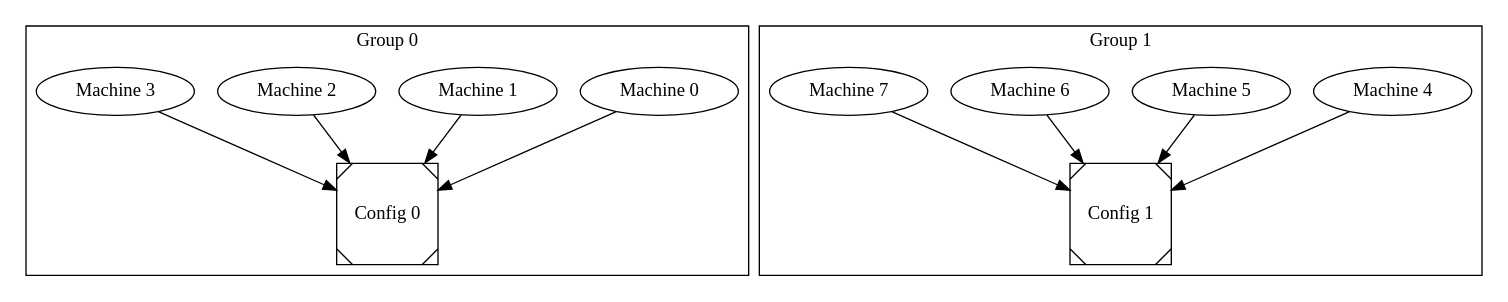
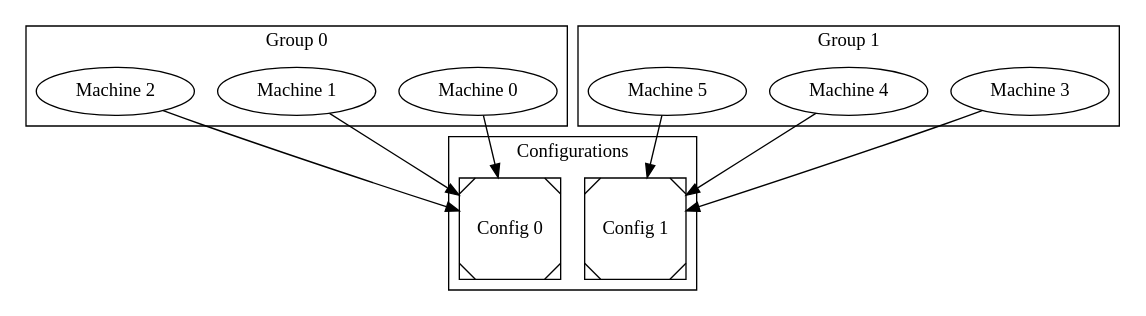
Before and after one commit to istu-cs/boot-report: the diagram in groups.dot, drawn with Graphviz.

Commit message:
groups.dot bug fix.

```diff
--- a/groups.dot
+++ b/groups.dot
@@ -1,29 +1,30 @@
 digraph groups
 {
+    subgraph cluster_configs
+    {
+        label="Configurations";
+        node[shape=Msquare];
+        config0[label="Config 0"];
+        config1[label="Config 1"];
+    }
     subgraph cluster_group0
     {
         label="Group 0";
-        config0[label="Config 0",shape=Msquare];
         machine0[label="Machine 0"];
         machine1[label="Machine 1"];
         machine2[label="Machine 2"];
-        machine3[label="Machine 3"];
         machine0->config0;
         machine1->config0;
         machine2->config0;
-        machine3->config0;
     }
     subgraph cluster_group1
     {
         label="Group 1";
-        config1[label="Config 1",shape=Msquare];
+        machine3[label="Machine 3"];
         machine4[label="Machine 4"];
         machine5[label="Machine 5"];
-        machine6[label="Machine 6"];
-        machine7[label="Machine 7"];
+        machine3->config1;
         machine4->config1;
         machine5->config1;
-        machine6->config1;
-        machine7->config1;
     }
 }
```
